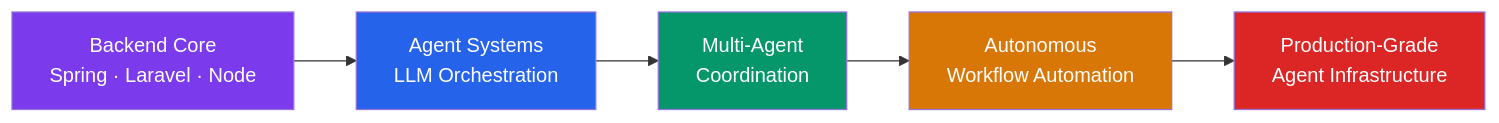
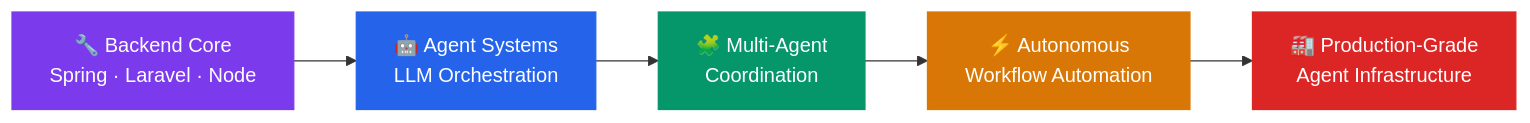
One commit to stepanusjanu19/stepanusjanu19 changed the diagram in README.md. Above: the diagram before and after it, drawn with Mermaid. The commit also changed other lines of this file, not shown here.

````diff
--- a/README.md
+++ b/README.md
@@ -153,12 +151,12 @@
 ```mermaid
 graph LR
-    A[Backend Core\nSpring · Laravel · Node] --> B[Agent Systems\nLLM Orchestration]
-    B --> C[Multi-Agent\nCoordination]
-    C --> D[Autonomous\nWorkflow Automation]
-    D --> E[Production-Grade\nAgent Infrastructure]
-    style A fill:#7C3AED,color:#fff
-    style B fill:#2563EB,color:#fff
-    style C fill:#059669,color:#fff
-    style D fill:#D97706,color:#fff
-    style E fill:#DC2626,color:#fff
+    A["🔧 Backend Core\nSpring · Laravel · Node"] --> B["🤖 Agent Systems\nLLM Orchestration"]
+    B --> C["🧩 Multi-Agent\nCoordination"]
+    C --> D["⚡ Autonomous\nWorkflow Automation"]
+    D --> E["🏭 Production-Grade\nAgent Infrastructure"]
+    style A fill:#7C3AED,color:#fff,stroke:#7C3AED
+    style B fill:#2563EB,color:#fff,stroke:#2563EB
+    style C fill:#059669,color:#fff,stroke:#059669
+    style D fill:#D97706,color:#fff,stroke:#D97706
+    style E fill:#DC2626,color:#fff,stroke:#DC2626
 ```
````
